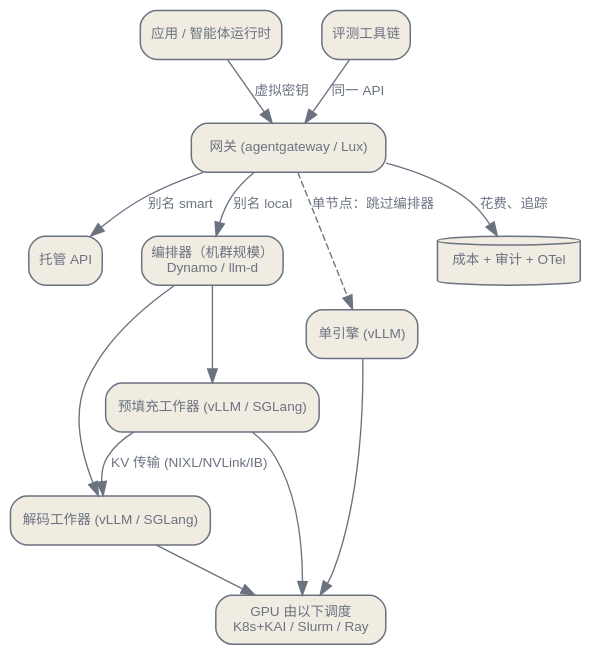
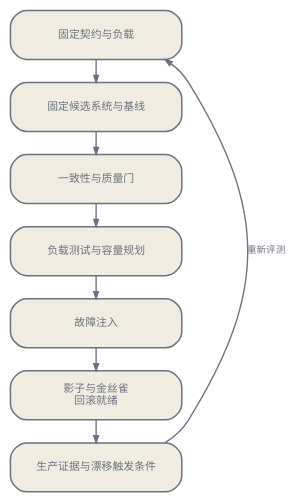
One commit to latere-ai/ai-as-an-infrastructure changed the third of 3 diagrams in zh/practice/02-serving-and-compute.qmd. Above: the diagram before and after it, drawn with Graphviz. The commit also changed other lines of this file and 2 other files, not shown here.

````diff
--- a/zh/practice/02-serving-and-compute.qmd
+++ b/zh/practice/02-serving-and-compute.qmd
@@ -248,33 +268,23 @@
 ```{dot}
 //| label: fig-serving-wiring
-//| fig-cap: "整栈端到端接线。网关是枢纽：应用、智能体与评测工具链都持有一个虚拟密钥与一个 base URL，网关扇出到托管 API 与跑在受调度 GPU 上的自托管引擎。"
+//| fig-cap: "服务证据闭环。候选系统只有通过契约、质量、负载和故障检查后才能继续推进；生产证据则会触发明确的重新评测。"
 digraph {
   bgcolor="transparent";
   rankdir=TB;
-  nodesep=0.4; ranksep=0.5;
-  node [shape=box, style="rounded,filled", fontname="Helvetica", fontsize=10, color="#6b7280", fontcolor="#6b7280", fillcolor="#f1ece1", penwidth=1.1];
-  edge [fontsize=10, fontname="Helvetica", color="#6b7280", fontcolor="#6b7280"];
-  app [label="应用 / 智能体运行时"];
-  gw [label="网关 (agentgateway / Lux)"];
-  eval [label="评测工具链"];
-  api [label="托管 API"];
-  orch [label="编排器（机群规模）\nDynamo / llm-d"];
-  prefill [label="预填充工作器 (vLLM / SGLang)"];
-  decode [label="解码工作器 (vLLM / SGLang)"];
-  engine [label="单引擎 (vLLM)"];
-  sched [label="GPU 由以下调度\nK8s+KAI / Slurm / Ray"];
-  obs [label="成本 + 审计 + OTel", shape=cylinder];
-  app -> gw [label="虚拟密钥"];
-  eval -> gw [label="同一 API"];
-  gw -> api [label="别名 smart"];
-  gw -> orch [label="别名 local"];
-  orch -> prefill;
-  orch -> decode;
-  prefill -> decode [label="KV 传输 (NIXL/NVLink/IB)"];
-  gw -> engine [style=dashed, label="单节点：跳过编排器"];
-  prefill -> sched;
-  decode -> sched;
-  engine -> sched;
-  gw -> obs [label="花费、追踪"];
+  nodesep=0.12; ranksep=0.2;
+  node [shape=box, style="rounded,filled", fontname="Helvetica", fontsize=8,
+        color="#6b7280", fontcolor="#6b7280", fillcolor="#f1ece1",
+        penwidth=1.1, margin="0.05,0.03", width=1.75];
+  edge [fontsize=7, fontname="Helvetica", color="#6b7280",
+        fontcolor="#6b7280", arrowsize=0.5];
+  freeze [label="固定契约与负载"];
+  baseline [label="固定候选系统与基线"];
+  verify [label="一致性与质量门"];
+  load [label="负载测试与容量规划"];
+  fail [label="故障注入"];
+  rollout [label="影子与金丝雀\n回滚就绪"];
+  observe [label="生产证据与漂移触发条件"];
+  freeze -> baseline -> verify -> load -> fail -> rollout -> observe;
+  observe -> freeze [label="重新评测", constraint=false];
 }
 ```
````
